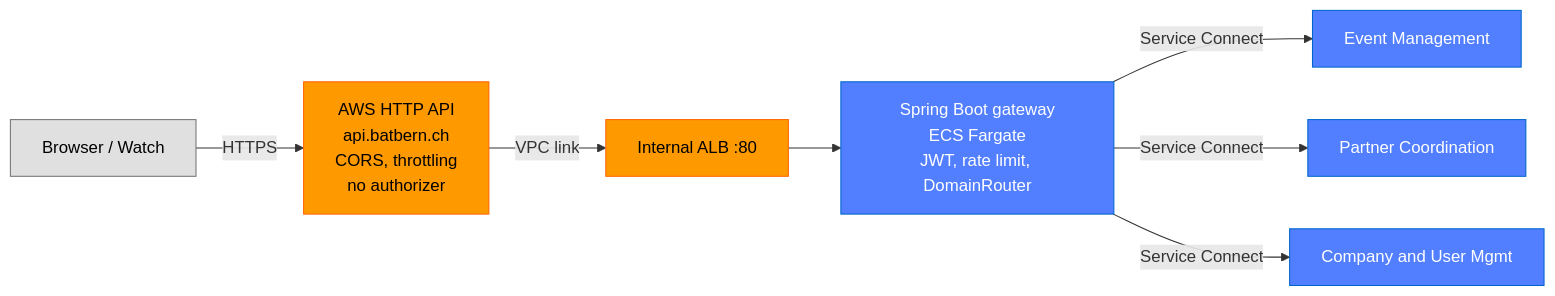
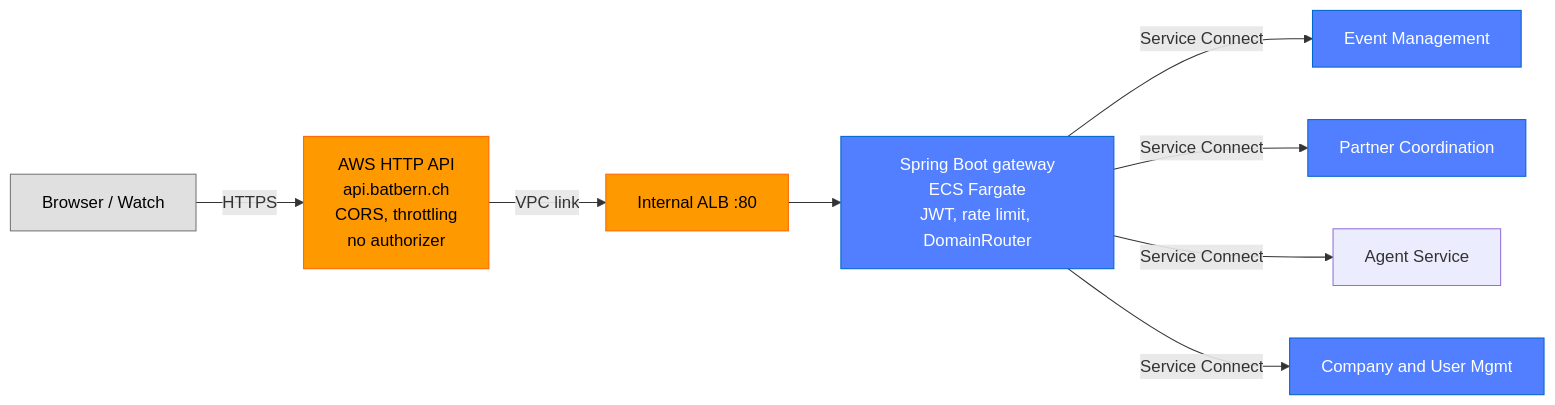
The eighth of 26 diagrams in docs/architecture/02-infrastructure-deployment.md (nissimbuchs/BATbern2), drawn with Mermaid before and after one commit. The commit also changed other lines of this file and 351 other files, not shown here.

First line of the commit message:
feat(agent-runtime): agent-service runs a gated, logged agent loop (epic 1, dark) + SES v2 forwarding fix (#1345)

````diff
--- a/docs/architecture/02-infrastructure-deployment.md
+++ b/docs/architecture/02-infrastructure-deployment.md
@@ -466,18 +472,19 @@
 ```mermaid
 graph LR
     A["Browser / Watch"] -->|HTTPS| B["AWS HTTP API<br/>api.batbern.ch<br/>CORS, throttling<br/>no authorizer"]
     B -->|"VPC link"| ALB["Internal ALB :80"]
     ALB --> C["Spring Boot gateway<br/>ECS Fargate<br/>JWT, rate limit, DomainRouter"]
 
     C -->|"Service Connect"| D1["Event Management"]
     C -->|"Service Connect"| D3["Partner Coordination"]
+    C -->|"Service Connect"| D6["Agent Service"]
     C -->|"Service Connect"| D5["Company and User Mgmt"]
 
     style A fill:#E0E0E0,stroke:#757575,color:#000
     style B fill:#FF9900,stroke:#FF6600,color:#000
     style ALB fill:#FF9900,stroke:#FF6600,color:#000
     style C fill:#527FFF,stroke:#0066CC,color:#fff
     style D1 fill:#527FFF,stroke:#0066CC,color:#fff
     style D3 fill:#527FFF,stroke:#0066CC,color:#fff
     style D5 fill:#527FFF,stroke:#0066CC,color:#fff
 ```
````
